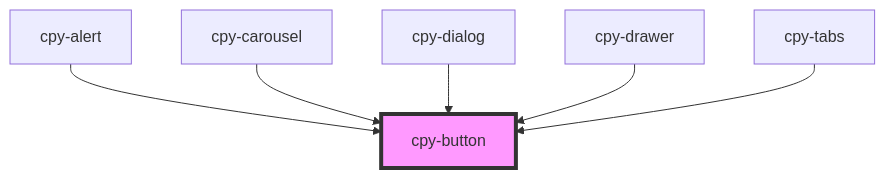
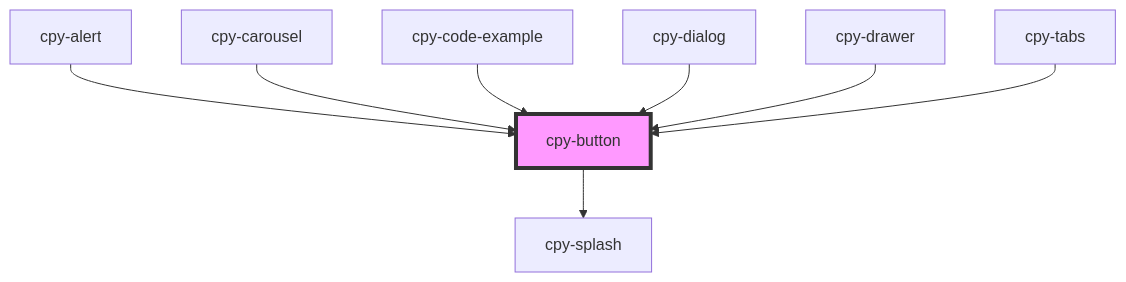
One commit to Lith1um/Canopy-Stencil changed the diagram in stencil-lib/src/components/button/readme.md. Above: the diagram before and after it, drawn with Mermaid. The commit also changed other lines of this file and 152 other files, not shown here.

````diff
--- a/stencil-lib/src/components/button/readme.md
+++ b/stencil-lib/src/components/button/readme.md
@@ -30,9 +35,11 @@
 ```mermaid
 graph TD;
+  cpy-button --> cpy-splash
   cpy-alert --> cpy-button
   cpy-carousel --> cpy-button
+  cpy-code-example --> cpy-button
   cpy-dialog --> cpy-button
   cpy-drawer --> cpy-button
   cpy-tabs --> cpy-button
   style cpy-button fill:#f9f,stroke:#333,stroke-width:4px
 ```
````
